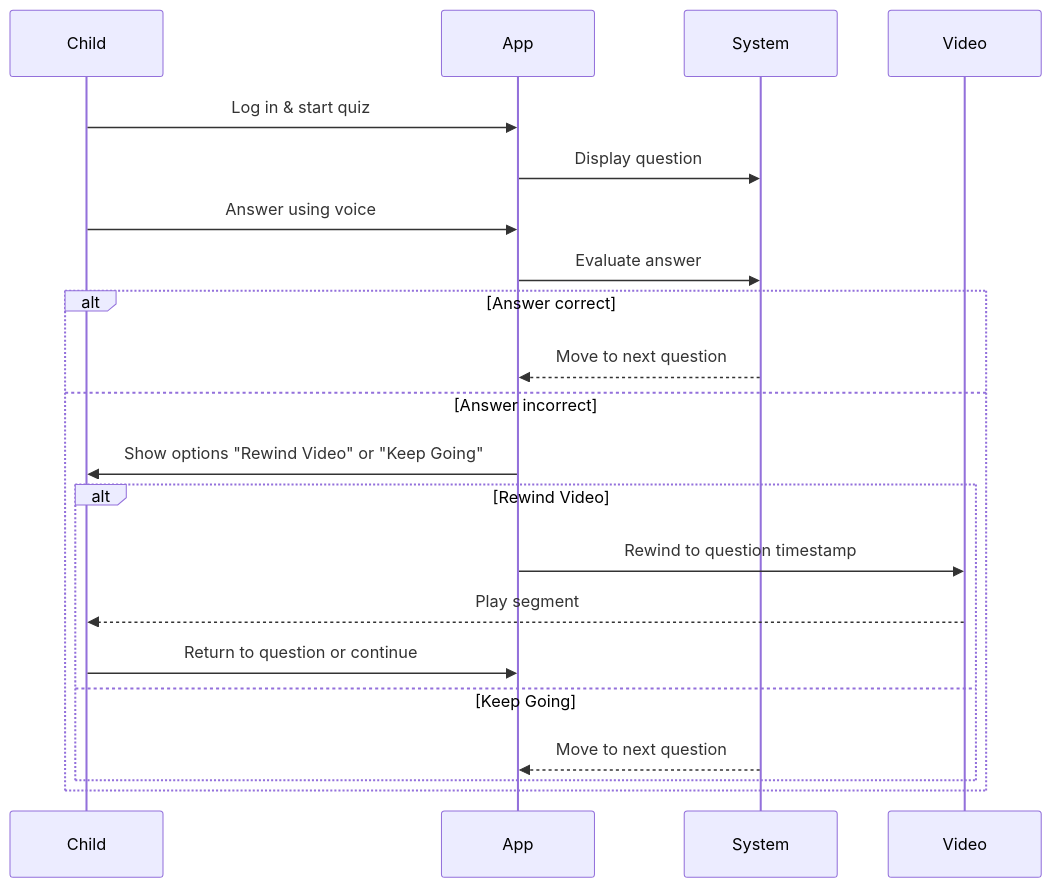
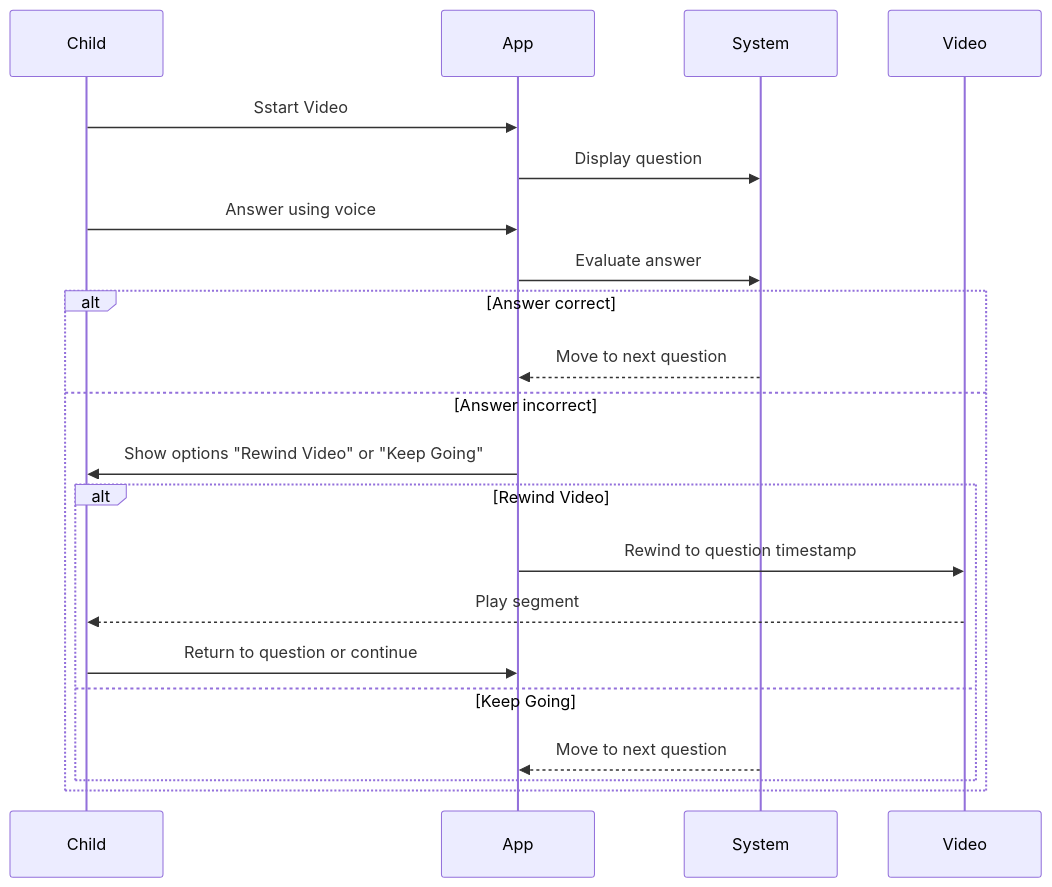
The fourth of 6 diagrams in documentation/docs/system-architecture/sequence-diagrams.md (Capstone-Projects-2026-spring/piggyback-learning-2), drawn with Mermaid before and after one commit. The commit also changed other lines of this file, not shown here.

Commit message:
docs: update sequence diagrams to reflect new interaction modes and add use case 7

````diff
--- a/documentation/docs/system-architecture/sequence-diagrams.md
+++ b/documentation/docs/system-architecture/sequence-diagrams.md
@@ -66,24 +66,24 @@
 ```mermaid
 sequenceDiagram
     participant Child
     participant App
     participant System
     participant Video
 
-    Child->>App: Log in & start quiz
+    Child->>App:Sstart Video
     App->>System: Display question
     Child->>App: Answer using voice
     App->>System: Evaluate answer
     alt Answer correct
         System-->>App: Move to next question
     else Answer incorrect
         App->>Child: Show options "Rewind Video" or "Keep Going"
         alt Rewind Video
             App->>Video: Rewind to question timestamp
             Video-->>Child: Play segment
             Child->>App: Return to question or continue
         else Keep Going
             System-->>App: Move to next question
         end
     end
 ```
````
